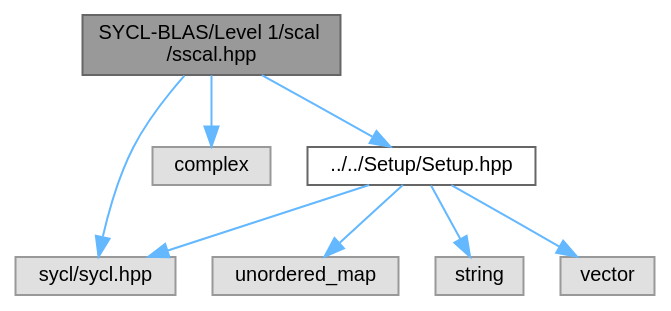
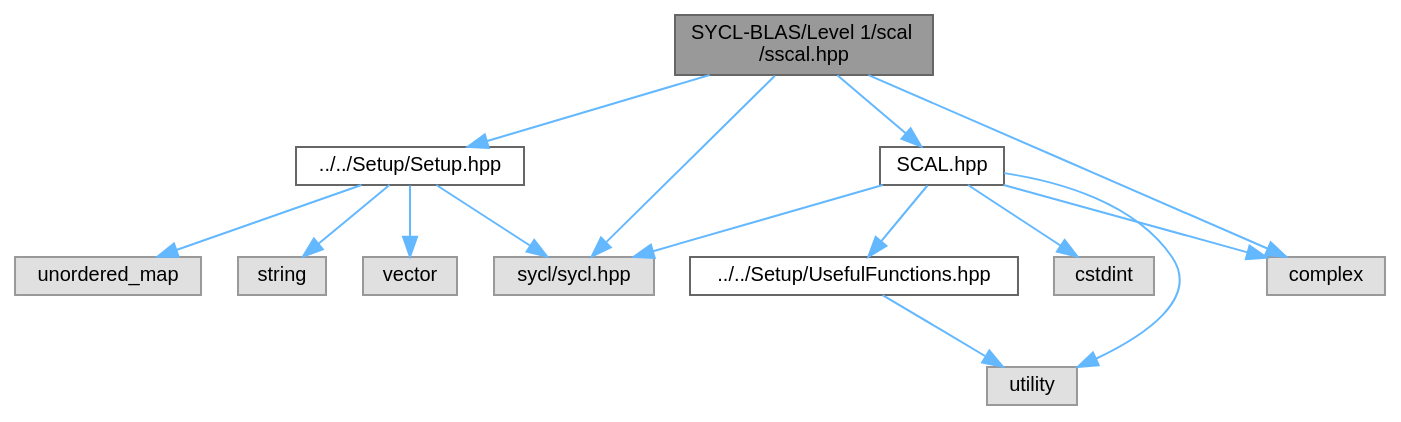
The diagram in docs/sscal_8hpp__incl.dot (Mayukh-Banik/SYCL-BLAS), drawn with Graphviz before and after one commit. The commit also changed 132 other files, not shown here.

```diff
--- a/docs/sscal_8hpp__incl.dot
+++ b/docs/sscal_8hpp__incl.dot
@@ -1,21 +1,32 @@
 digraph "SYCL-BLAS/Level 1/scal/sscal.hpp"
 {
  // LATEX_PDF_SIZE
   bgcolor="transparent";
   edge [fontname=Helvetica,fontsize=10,labelfontname=Helvetica,labelfontsize=10];
   node [fontname=Helvetica,fontsize=10,shape=box,height=0.2,width=0.4];
   Node1 [id="Node000001",label="SYCL-BLAS/Level 1/scal\l/sscal.hpp",height=0.2,width=0.4,color="gray40", fillcolor="grey60", style="filled", fontcolor="black",tooltip=" "];
   Node1 -> Node2 [id="edge1_Node000001_Node000002",color="steelblue1",style="solid",tooltip=" "];
   Node2 [id="Node000002",label="sycl/sycl.hpp",height=0.2,width=0.4,color="grey60", fillcolor="#E0E0E0", style="filled",tooltip=" "];
   Node1 -> Node3 [id="edge2_Node000001_Node000003",color="steelblue1",style="solid",tooltip=" "];
-  Node3 [id="Node000003",label="complex",height=0.2,width=0.4,color="grey60", fillcolor="#E0E0E0", style="filled",tooltip=" "];
-  Node1 -> Node4 [id="edge3_Node000001_Node000004",color="steelblue1",style="solid",tooltip=" "];
-  Node4 [id="Node000004",label="../../Setup/Setup.hpp",height=0.2,width=0.4,color="grey40", fillcolor="white", style="filled",URL="$Setup_8hpp.html",tooltip=" "];
-  Node4 -> Node5 [id="edge4_Node000004_Node000005",color="steelblue1",style="solid",tooltip=" "];
-  Node5 [id="Node000005",label="unordered_map",height=0.2,width=0.4,color="grey60", fillcolor="#E0E0E0", style="filled",tooltip=" "];
-  Node4 -> Node6 [id="edge5_Node000004_Node000006",color="steelblue1",style="solid",tooltip=" "];
-  Node6 [id="Node000006",label="string",height=0.2,width=0.4,color="grey60", fillcolor="#E0E0E0", style="filled",tooltip=" "];
-  Node4 -> Node2 [id="edge6_Node000004_Node000002",color="steelblue1",style="solid",tooltip=" "];
-  Node4 -> Node7 [id="edge7_Node000004_Node000007",color="steelblue1",style="solid",tooltip=" "];
-  Node7 [id="Node000007",label="vector",height=0.2,width=0.4,color="grey60", fillcolor="#E0E0E0", style="filled",tooltip=" "];
+  Node3 [id="Node000003",label="../../Setup/Setup.hpp",height=0.2,width=0.4,color="grey40", fillcolor="white", style="filled",URL="$Setup_8hpp.html",tooltip=" "];
+  Node3 -> Node4 [id="edge3_Node000003_Node000004",color="steelblue1",style="solid",tooltip=" "];
+  Node4 [id="Node000004",label="unordered_map",height=0.2,width=0.4,color="grey60", fillcolor="#E0E0E0", style="filled",tooltip=" "];
+  Node3 -> Node5 [id="edge4_Node000003_Node000005",color="steelblue1",style="solid",tooltip=" "];
+  Node5 [id="Node000005",label="string",height=0.2,width=0.4,color="grey60", fillcolor="#E0E0E0", style="filled",tooltip=" "];
+  Node3 -> Node2 [id="edge5_Node000003_Node000002",color="steelblue1",style="solid",tooltip=" "];
+  Node3 -> Node6 [id="edge6_Node000003_Node000006",color="steelblue1",style="solid",tooltip=" "];
+  Node6 [id="Node000006",label="vector",height=0.2,width=0.4,color="grey60", fillcolor="#E0E0E0", style="filled",tooltip=" "];
+  Node1 -> Node7 [id="edge7_Node000001_Node000007",color="steelblue1",style="solid",tooltip=" "];
+  Node7 [id="Node000007",label="SCAL.hpp",height=0.2,width=0.4,color="grey40", fillcolor="white", style="filled",URL="$SCAL_8hpp.html",tooltip=" "];
+  Node7 -> Node2 [id="edge8_Node000007_Node000002",color="steelblue1",style="solid",tooltip=" "];
+  Node7 -> Node8 [id="edge9_Node000007_Node000008",color="steelblue1",style="solid",tooltip=" "];
+  Node8 [id="Node000008",label="cstdint",height=0.2,width=0.4,color="grey60", fillcolor="#E0E0E0", style="filled",tooltip=" "];
+  Node7 -> Node9 [id="edge10_Node000007_Node000009",color="steelblue1",style="solid",tooltip=" "];
+  Node9 [id="Node000009",label="utility",height=0.2,width=0.4,color="grey60", fillcolor="#E0E0E0", style="filled",tooltip=" "];
+  Node7 -> Node10 [id="edge11_Node000007_Node000010",color="steelblue1",style="solid",tooltip=" "];
+  Node10 [id="Node000010",label="../../Setup/UsefulFunctions.hpp",height=0.2,width=0.4,color="grey40", fillcolor="white", style="filled",URL="$UsefulFunctions_8hpp.html",tooltip=" "];
+  Node10 -> Node9 [id="edge12_Node000010_Node000009",color="steelblue1",style="solid",tooltip=" "];
+  Node7 -> Node11 [id="edge13_Node000007_Node000011",color="steelblue1",style="solid",tooltip=" "];
+  Node11 [id="Node000011",label="complex",height=0.2,width=0.4,color="grey60", fillcolor="#E0E0E0", style="filled",tooltip=" "];
+  Node1 -> Node11 [id="edge14_Node000001_Node000011",color="steelblue1",style="solid",tooltip=" "];
 }
```
